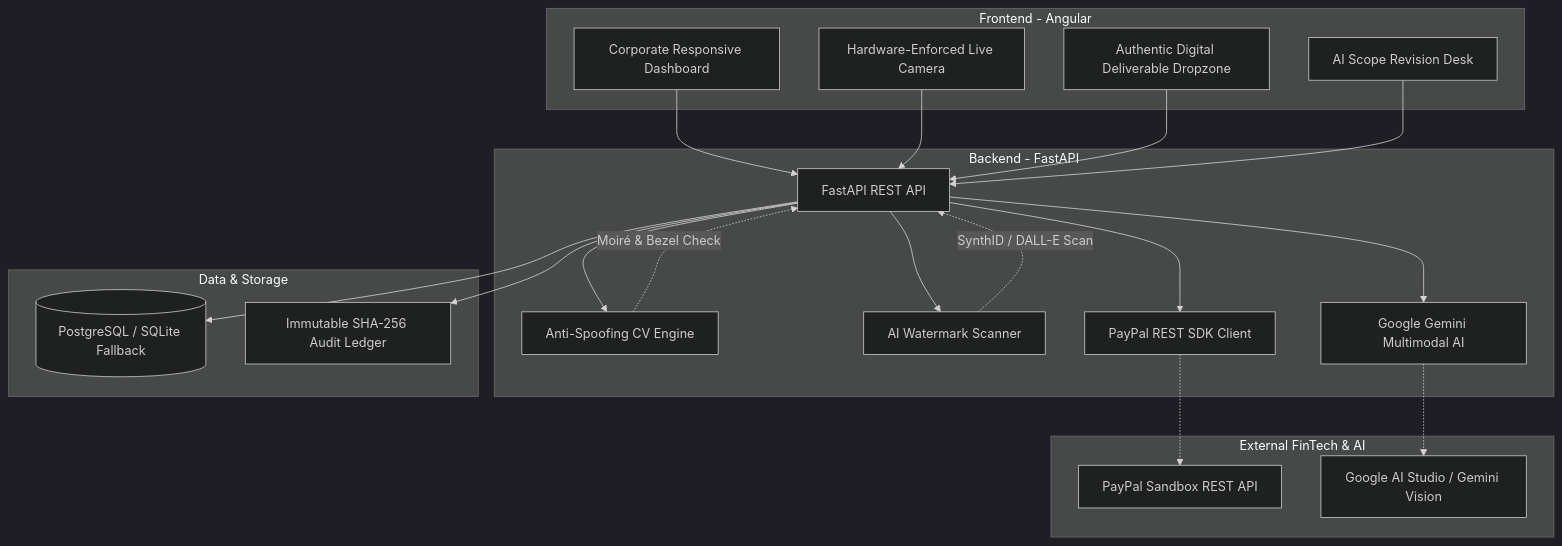
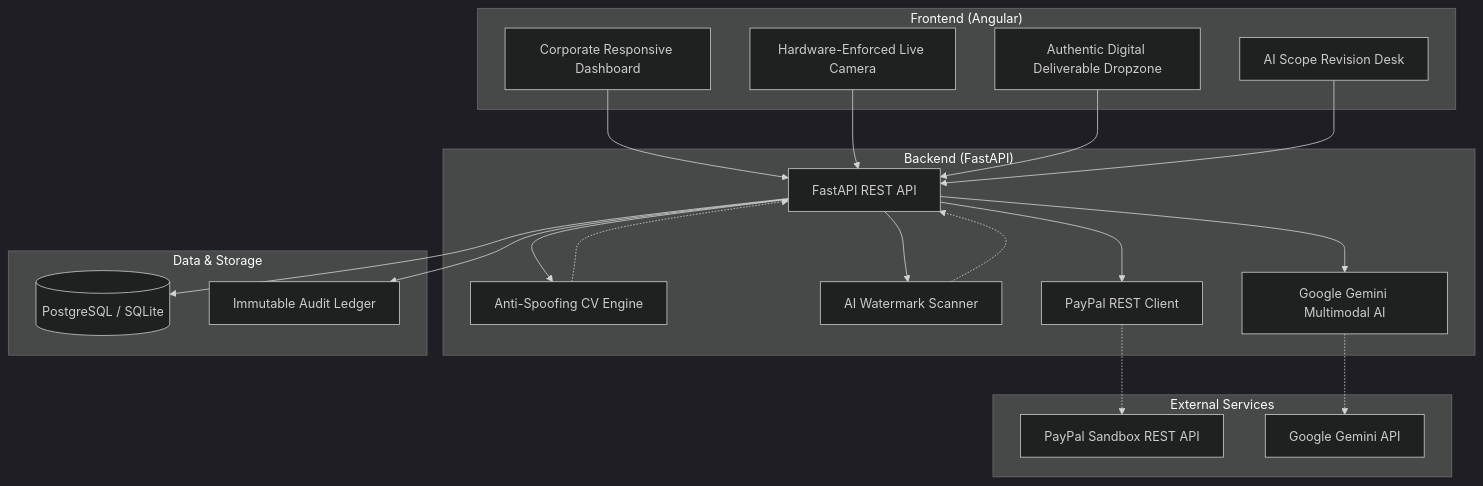
The first of 2 diagrams in README.md (sahi26/PayPal---Hackathon), drawn with Mermaid (dark theme) before and after one commit. The commit also changed other lines of this file, not shown here.

Commit message:
docs: fix Mermaid diagram syntax in README

````diff
--- a/README.md
+++ b/README.md
@@ -45,44 +45,44 @@
 ```mermaid
-graph TD
-    subgraph Client Application [Frontend - Angular]
-        UI[Corporate Responsive Dashboard]
-        Cam[Hardware-Enforced Live Camera]
-        Drop[Authentic Digital Deliverable Dropzone]
-        Rev[AI Scope Revision Desk]
+flowchart TD
+    subgraph ClientApp ["Frontend (Angular)"]
+        UI["Corporate Responsive Dashboard"]
+        Cam["Hardware-Enforced Live Camera"]
+        Drop["Authentic Digital Deliverable Dropzone"]
+        Rev["AI Scope Revision Desk"]
     end
 
-    subgraph API Gateway [Backend - FastAPI]
-        Router[FastAPI REST API]
-        CVEngine[Anti-Spoofing CV Engine]
-        WMEngine[AI Watermark Scanner]
-        Gemini[Google Gemini Multimodal AI]
-        PayPalSvc[PayPal REST SDK Client]
+    subgraph APIGateway ["Backend (FastAPI)"]
+        Router["FastAPI REST API"]
+        CVEngine["Anti-Spoofing CV Engine"]
+        WMEngine["AI Watermark Scanner"]
+        Gemini["Google Gemini Multimodal AI"]
+        PayPalSvc["PayPal REST Client"]
     end
 
-    subgraph Data & Storage
-        DB[(PostgreSQL / SQLite Fallback)]
-        Ledger[Immutable SHA-256 Audit Ledger]
+    subgraph Storage ["Data & Storage"]
+        DB[("PostgreSQL / SQLite")]
+        Ledger["Immutable Audit Ledger"]
     end
 
-    subgraph External FinTech & AI
-        PP[PayPal Sandbox REST API]
-        GenAI[Google AI Studio / Gemini Vision]
+    subgraph External ["External Services"]
+        PP["PayPal Sandbox REST API"]
+        GenAI["Google Gemini API"]
     end
 
     UI --> Router
     Cam --> Router
     Drop --> Router
     Rev --> Router
 
     Router --> CVEngine
     Router --> WMEngine
     Router --> Gemini
     Router --> PayPalSvc
     Router --> DB
     Router --> Ledger
 
-    CVEngine -.->|Moiré & Bezel Check| Router
-    WMEngine -.->|SynthID / DALL-E Scan| Router
+    CVEngine -.-> Router
+    WMEngine -.-> Router
     Gemini -.-> GenAI
     PayPalSvc -.-> PP
 ```
````
